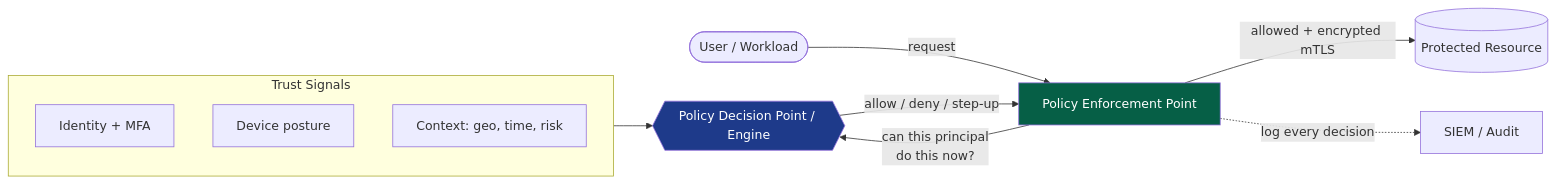
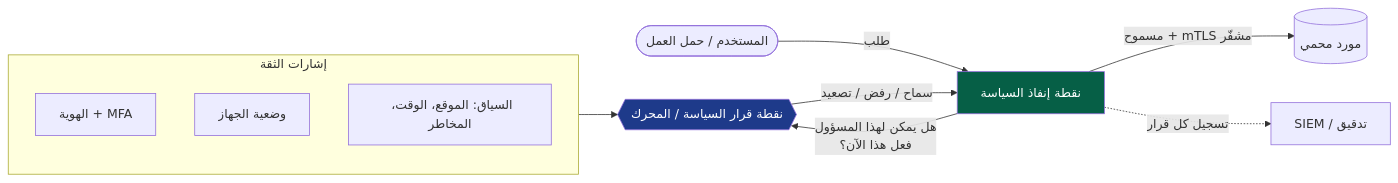
One commit to ibra-kdbra/banije changed the seventh of 8 diagrams in src/content/translate/ar/identity-and-access-in-depth.md. Above: the diagram before and after it, drawn with Mermaid. The commit also changed other lines of this file and 33 other files, not shown here.

````diff
--- a/src/content/translate/ar/identity-and-access-in-depth.md
+++ b/src/content/translate/ar/identity-and-access-in-depth.md
@@ -353,16 +353,16 @@
 ```mermaid
 flowchart LR
-    subgraph Signals["Trust Signals"]
-        ID[Identity + MFA]
-        DEV[Device posture]
-        CTX[Context: geo, time, risk]
+    subgraph Signals["إشارات الثقة"]
+        ID[الهوية + MFA]
+        DEV[وضعية الجهاز]
+        CTX["السياق: الموقع، الوقت، المخاطر"]
     end
-    User([User / Workload]) -->|request| PEP[Policy Enforcement Point]
-    PEP -->|"can this principal<br/>do this now?"| PDP{{Policy Decision Point / Engine}}
+    User(["المستخدم / حمل العمل"]) -->|طلب| PEP[نقطة إنفاذ السياسة]
+    PEP -->|"هل يمكن لهذا المسؤول<br/>فعل هذا الآن؟"| PDP{{"نقطة قرار السياسة / المحرك"}}
     Signals --> PDP
-    PDP -->|allow / deny / step-up| PEP
-    PEP -->|allowed + encrypted mTLS| Resource[(Protected Resource)]
-    PEP -.->|log every decision| SIEM[SIEM / Audit]
+    PDP -->|"سماح / رفض / تصعيد"| PEP
+    PEP -->|"مسموح + mTLS مشفّر"| Resource[(مورد محمي)]
+    PEP -.->|تسجيل كل قرار| SIEM["SIEM / تدقيق"]
     style PDP fill:#1e3a8a,color:#fff
     style PEP fill:#065f46,color:#fff
 ```
````
